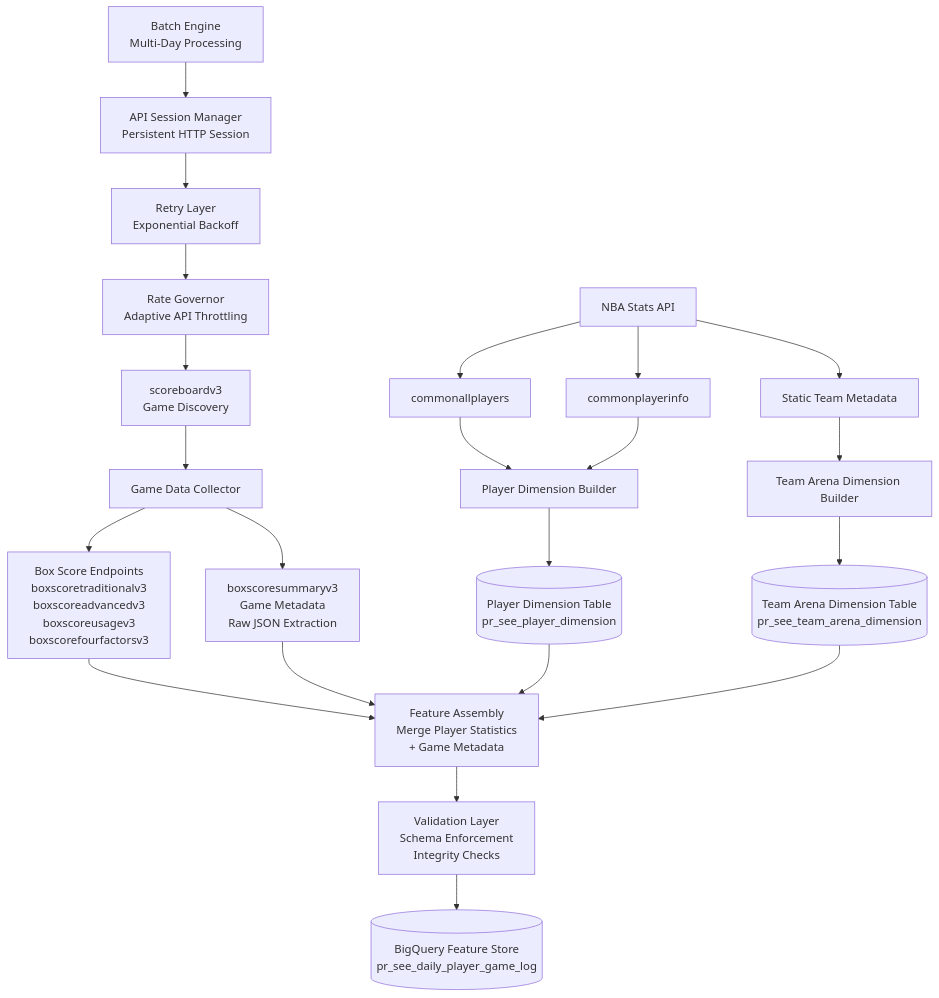
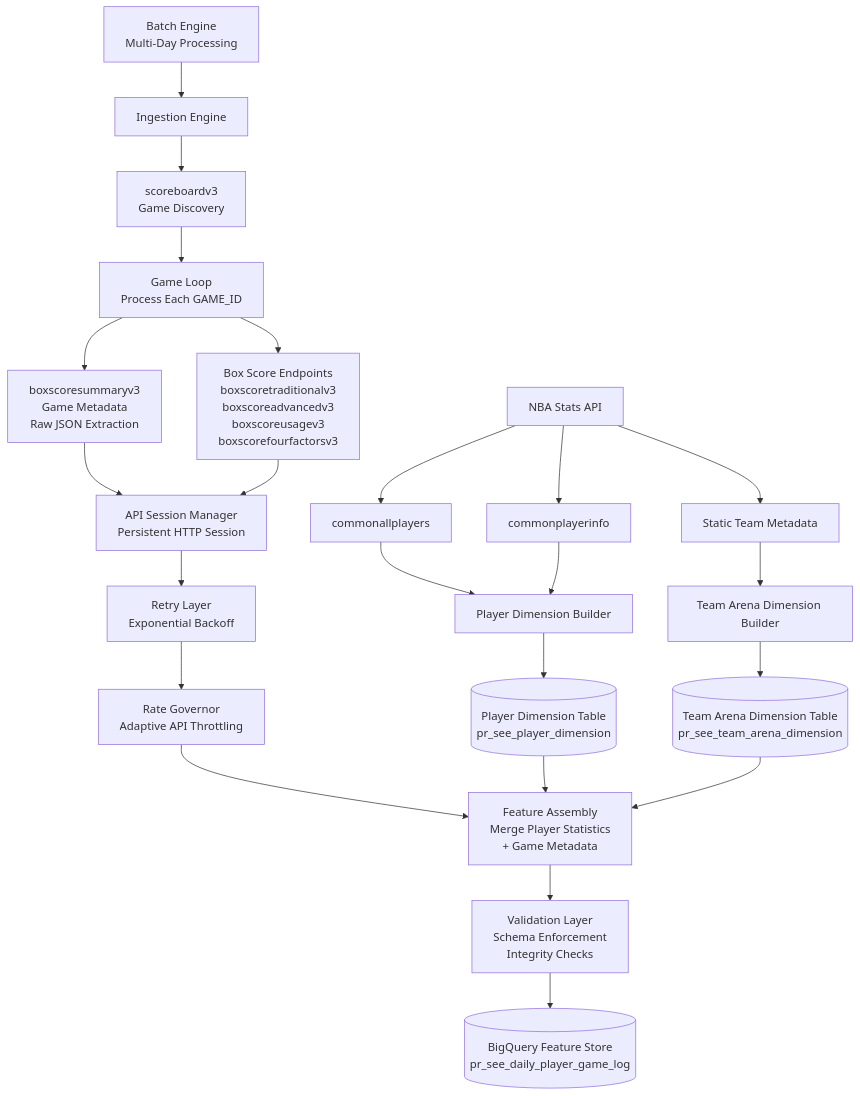
The diagram in README.md (zh412/nba-feature-store), drawn with Mermaid before and after one commit.

Commit message:
Updated architecture diagram

````diff
--- a/README.md
+++ b/README.md
@@ -72,71 +72,83 @@
 A[NBA Stats API]
 
 %% =========================================================
-%% INGESTION ORCHESTRATION LAYER
-%% Governs ALL NBA API calls made by the pipeline
+%% INGESTION ORCHESTRATION
 %% =========================================================
 
-C1[Batch Engine<br>Multi-Day Processing]
-C2[API Session Manager<br>Persistent HTTP Session]
-C3[Retry Layer<br>Exponential Backoff]
-C4[Rate Governor<br>Adaptive API Throttling]
+B[Batch Engine<br>Multi-Day Processing]
 
-C1 --> C2
-C2 --> C3
-C3 --> C4
+C[Ingestion Engine]
+
+B --> C
 
 %% =========================================================
 %% GAME DISCOVERY
 %% =========================================================
 
-C4 --> B1[scoreboardv3<br>Game Discovery]
+C --> D[scoreboardv3<br>Game Discovery]
 
 %% =========================================================
-%% GAME DATA COLLECTION
+%% PER-GAME DATA COLLECTION
 %% =========================================================
 
-B1 --> D1[Game Data Collector]
+D --> E[Game Loop<br>Process Each GAME_ID]
 
-D1 --> B2[Box Score Endpoints<br>boxscoretraditionalv3<br>boxscoreadvancedv3<br>boxscoreusagev3<br>boxscorefourfactorsv3]
+E --> F[boxscoresummaryv3<br>Game Metadata<br>Raw JSON Extraction]
 
-D1 --> B3[boxscoresummaryv3<br>Game Metadata<br>Raw JSON Extraction]
+E --> G[Box Score Endpoints<br>boxscoretraditionalv3<br>boxscoreadvancedv3<br>boxscoreusagev3<br>boxscorefourfactorsv3]
+
+%% =========================================================
+%% API RELIABILITY LAYER
+%% =========================================================
+
+H[API Session Manager<br>Persistent HTTP Session]
+
+I[Retry Layer<br>Exponential Backoff]
+
+J[Rate Governor<br>Adaptive API Throttling]
+
+F --> H
+G --> H
+
+H --> I
+I --> J
 
 %% =========================================================
 %% DIMENSION PIPELINES
 %% =========================================================
 
-A --> F1[commonallplayers]
-A --> F2[commonplayerinfo]
+A --> K[commonallplayers]
+A --> L[commonplayerinfo]
 
-F1 --> G1[Player Dimension Builder]
-F2 --> G1
+K --> M[Player Dimension Builder]
+L --> M
 
-G1 --> H1[(Player Dimension Table<br>pr_see_player_dimension)]
+M --> N[(Player Dimension Table<br>pr_see_player_dimension)]
 
-A --> F3[Static Team Metadata]
+A --> O[Static Team Metadata]
 
-F3 --> G2[Team Arena Dimension Builder]
+O --> P[Team Arena Dimension Builder]
 
-G2 --> H2[(Team Arena Dimension Table<br>pr_see_team_arena_dimension)]
+P --> Q[(Team Arena Dimension Table<br>pr_see_team_arena_dimension)]
 
 %% =========================================================
 %% FEATURE ASSEMBLY
 %% =========================================================
 
-B2 --> D2[Feature Assembly<br>Merge Player Statistics<br>+ Game Metadata]
-B3 --> D2
-H1 --> D2
-H2 --> D2
+J --> R[Feature Assembly<br>Merge Player Statistics<br>+ Game Metadata]
+
+N --> R
+Q --> R
 
 %% =========================================================
 %% DATA QUALITY LAYER
 %% =========================================================
 
-D2 --> E[Validation Layer<br>Schema Enforcement<br>Integrity Checks]
+R --> S[Validation Layer<br>Schema Enforcement<br>Integrity Checks]
 
 %% =========================================================
 %% DATA WAREHOUSE
 %% =========================================================
 
-E --> I[(BigQuery Feature Store<br>pr_see_daily_player_game_log)]
+S --> T[(BigQuery Feature Store<br>pr_see_daily_player_game_log)]
 ```
````
